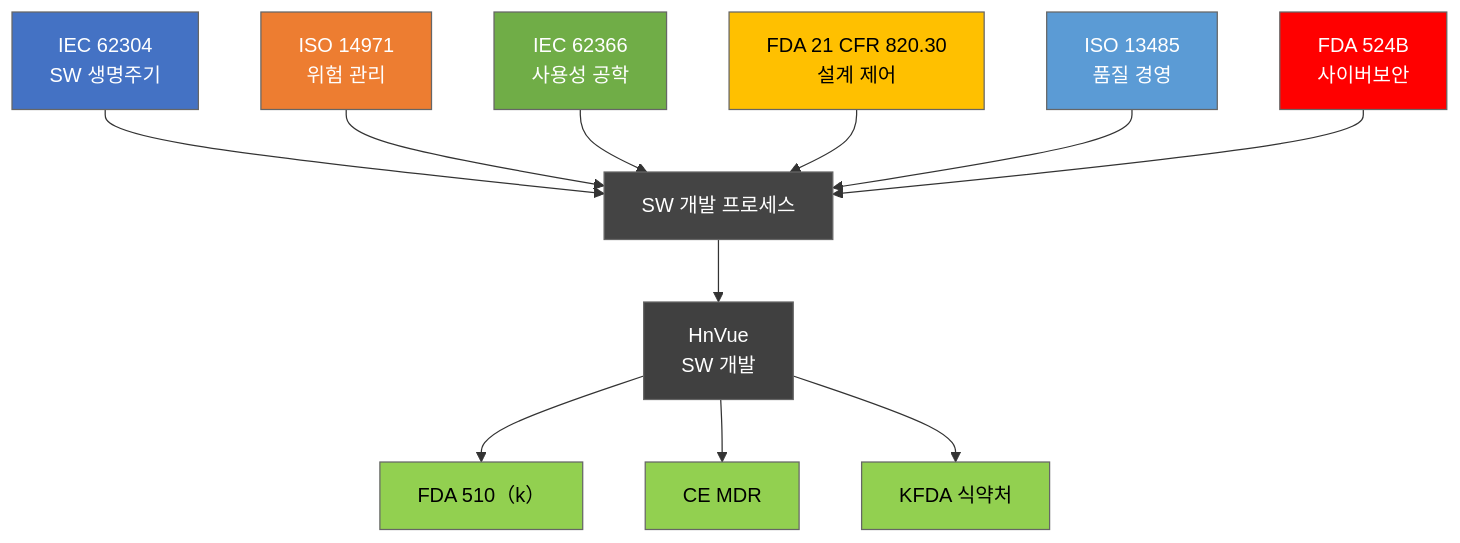
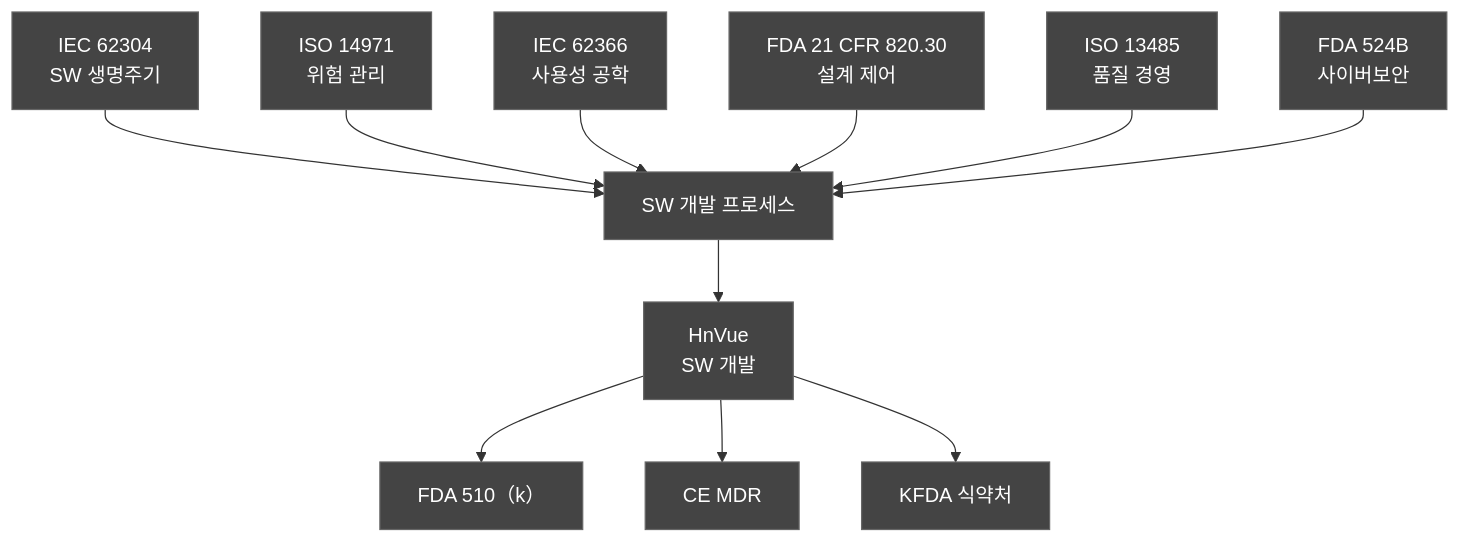
Before and after one commit to holee9/console-gui: the first of 13 diagrams in docs/management/DOC-003_SW_Development_Guideline_v1.0.md, drawn with Mermaid. The commit also changed other lines of this file and 35 other files, not shown here.

First line of the commit message:
fix: 전체 Mermaid 차트 색상 진한 회색 통일

````diff
--- a/docs/management/DOC-003_SW_Development_Guideline_v1.0.md
+++ b/docs/management/DOC-003_SW_Development_Guideline_v1.0.md
@@ -128,25 +128,25 @@
 ```mermaid
 graph TD
     classDef default fill:#444,stroke:#666,color:#fff
     A[IEC 62304<br/>SW 생명주기] --> B[SW 개발 프로세스]
     C[ISO 14971<br/>위험 관리] --> B
     D[IEC 62366<br/>사용성 공학] --> B
     E[FDA 21 CFR 820.30<br/>설계 제어] --> B
     F[ISO 13485<br/>품질 경영] --> B
     G[FDA 524B<br/>사이버보안] --> B
     B --> H[HnVue<br/>SW 개발]
     H --> I[FDA 510（k）]
     H --> J[CE MDR]
     H --> K[KFDA 식약처]
 
-    style A fill:#4472C4,color:#fff
-    style C fill:#ED7D31,color:#fff
-    style D fill:#70AD47,color:#fff
-    style E fill:#FFC000,color:#000
-    style F fill:#5B9BD5,color:#fff
-    style G fill:#FF0000,color:#fff
-    style H fill:#404040,color:#fff
-    style I fill:#92D050,color:#000
-    style J fill:#92D050,color:#000
-    style K fill:#92D050,color:#000
+    style A fill:#444,color:#fff
+    style C fill:#444,color:#fff
+    style D fill:#444,color:#fff
+    style E fill:#444,color:#fff
+    style F fill:#444,color:#fff
+    style G fill:#444,color:#fff
+    style H fill:#444,color:#fff
+    style I fill:#444,color:#fff
+    style J fill:#444,color:#fff
+    style K fill:#444,color:#fff
 ```
````
